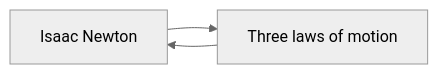
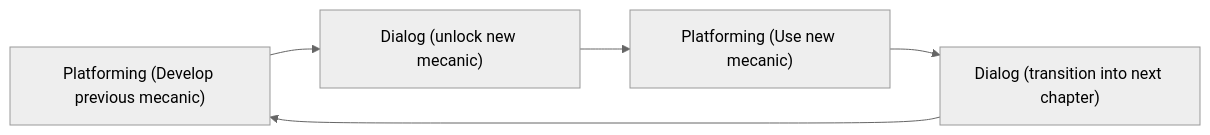
One commit to ixilminiussi/chucho-design-doc changed the diagram in source/content/Gameplay.md. Above: the diagram before and after it, drawn with Mermaid (neutral theme). The commit also changed 5 other files, not shown here.

````diff
--- a/source/content/Gameplay.md
+++ b/source/content/Gameplay.md
@@ -7,5 +7,9 @@
 ```mermaid 
 flowchart LR 
-A["Isaac Newton"] --> B["Three laws of motion"] 
-B --> A
+A["Platforming (Develop previous mecanic)"]
+B["Dialog (unlock new mecanic)"] 
+C["Platforming (Use new mecanic)"]
+D["Dialog (transition into next chapter)"]
+A --> B --> C --> D
+D --> A
 ```
````
